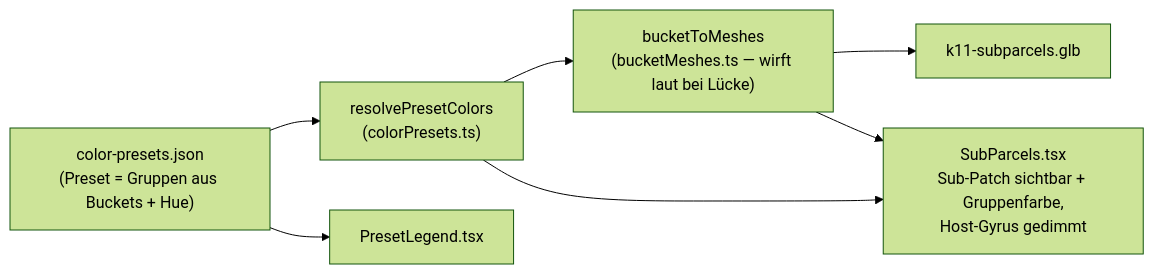
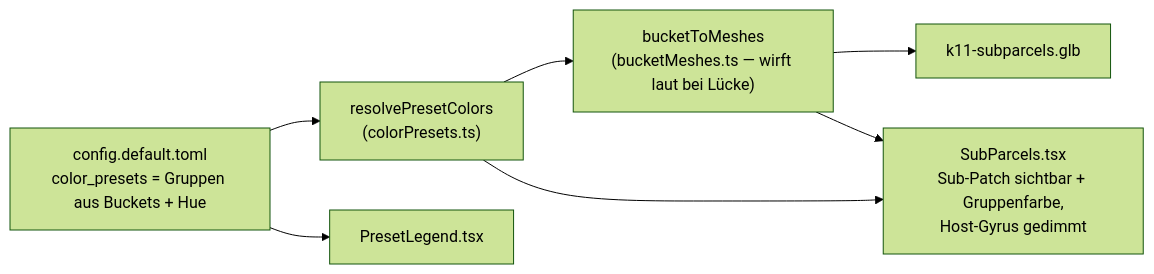
One commit to marifl/Iflands-Neuro-Lernvergnuegen changed the second of 4 diagrams in docs/MASTERPLAN.md. Above: the diagram before and after it, drawn with Mermaid (forest theme). The commit also changed other lines of this file and 45 other files, not shown here.

````diff
--- a/docs/MASTERPLAN.md
+++ b/docs/MASTERPLAN.md
@@ -97,14 +97,14 @@
 ```mermaid
 flowchart LR
-    PRESET["color-presets.json<br/>(Preset = Gruppen aus Buckets + Hue)"]
+    PRESET["config.default.toml<br/>color_presets = Gruppen aus Buckets + Hue"]
     RESOLVE["resolvePresetColors<br/>(colorPresets.ts)"]
     BUCKET["bucketToMeshes<br/>(bucketMeshes.ts — wirft laut bei Lücke)"]
     GLB["k11-subparcels.glb"]
     APPLY["SubParcels.tsx<br/>Sub-Patch sichtbar + Gruppenfarbe,<br/>Host-Gyrus gedimmt"]
     LEGEND["PresetLegend.tsx"]
 
     PRESET --> RESOLVE --> BUCKET --> GLB
     RESOLVE --> APPLY
     BUCKET --> APPLY
     PRESET --> LEGEND
 ```
````
